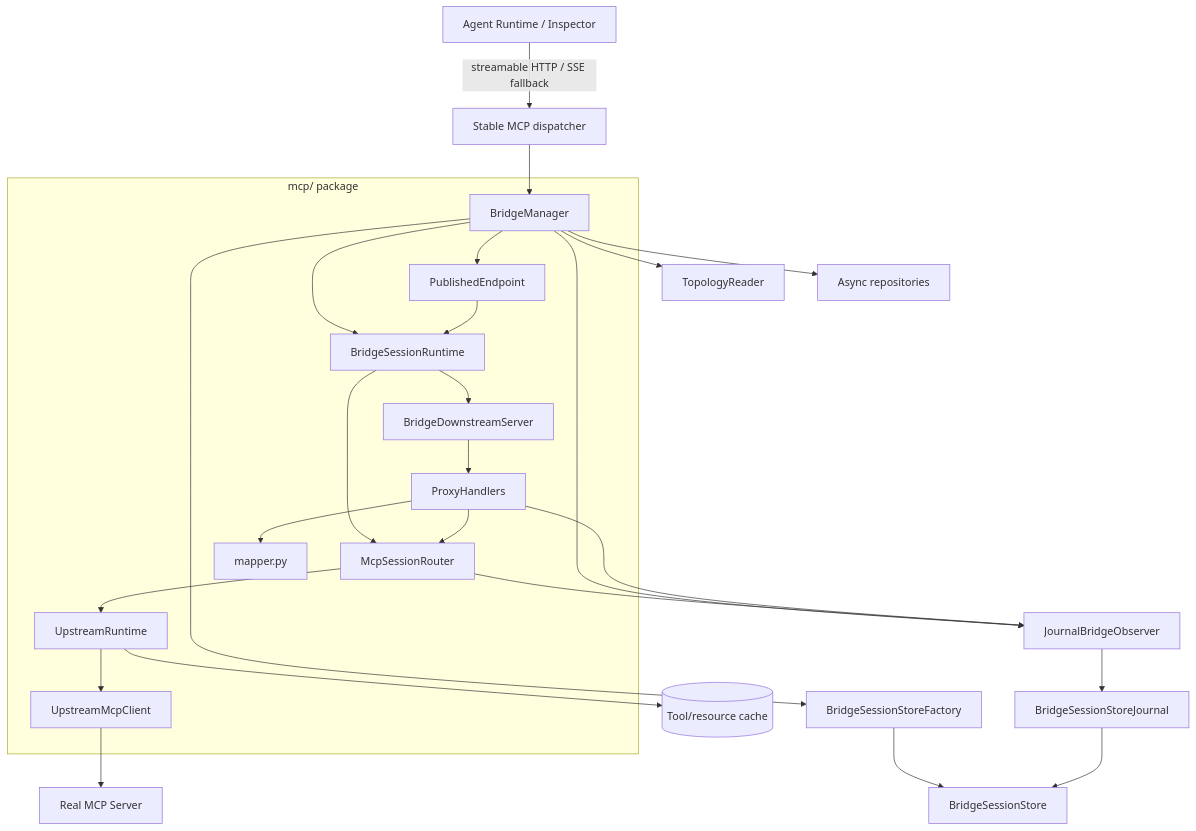
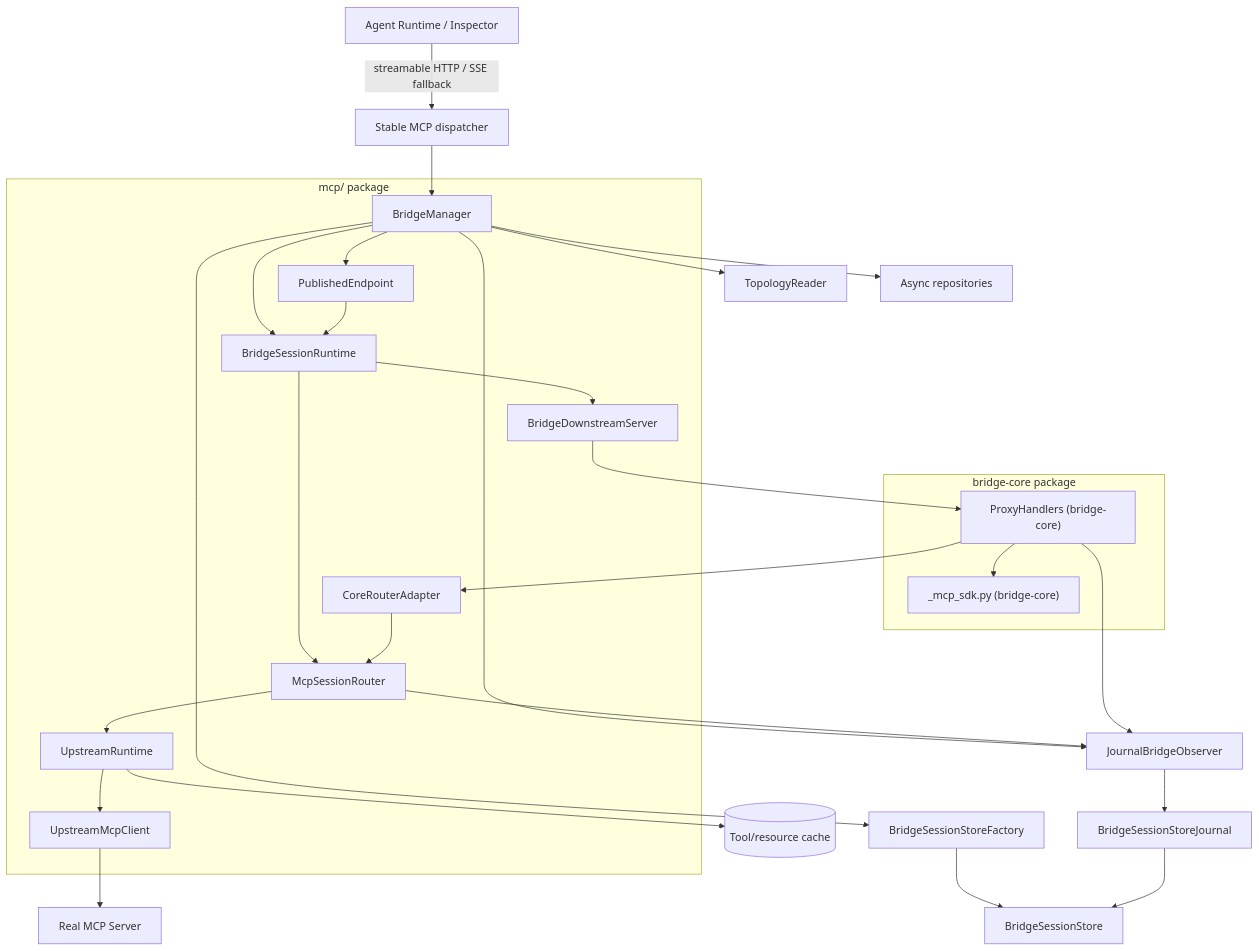
Before and after one commit to JilongSun/mcpapps-bridge: the second of 4 diagrams in docs/architecture/mcp-layer.md, drawn with Mermaid. The commit also changed other lines of this file and 17 other files, not shown here.

Commit message:
refactor(core): move MCP handlers and SDK mapping into bridge core

````diff
--- a/docs/architecture/mcp-layer.md
+++ b/docs/architecture/mcp-layer.md
@@ -39,39 +39,44 @@
 ```mermaid
 flowchart TD
     Client["Agent Runtime / Inspector"] --> |"streamable HTTP / SSE fallback"| API["Stable MCP dispatcher"]
     API --> Manager["BridgeManager"]
     Manager --> Topology["TopologyReader"]
     Manager --> Endpoint["PublishedEndpoint"]
     Manager --> Repositories["Async repositories"]
     Manager --> Factory["BridgeSessionStoreFactory"]
     Manager --> SessionRuntime["BridgeSessionRuntime"]
     Endpoint --> SessionRuntime
     SessionRuntime --> Downstream["BridgeDownstreamServer"]
-    Downstream --> Handlers["ProxyHandlers"]
+    Downstream --> Handlers["ProxyHandlers (bridge-core)"]
     SessionRuntime --> Router["McpSessionRouter"]
-    Handlers --> Router
+    Handlers --> Adapter["CoreRouterAdapter"]
+    Adapter --> Router
     Router --> Runtime["UpstreamRuntime"]
     Runtime --> Upstream["UpstreamMcpClient"]
     Upstream --> Real["Real MCP Server"]
 
     Factory --> Store["BridgeSessionStore"]
     Manager --> Observer["JournalBridgeObserver"]
     Router --> Observer
     Handlers --> Observer
     Observer --> Journal["BridgeSessionStoreJournal"]
     Journal --> Store
     Runtime --> Cache[("Tool/resource cache")]
-    Handlers --> Mapper["mapper.py"]
+    Handlers --> Mapper["_mcp_sdk.py (bridge-core)"]
 
     subgraph "mcp/ package"
         Manager
         Endpoint
         SessionRuntime
         Downstream
-        Handlers
+        Adapter
         Router
         Runtime
         Upstream
+    end
+
+    subgraph "bridge-core package"
+        Handlers
         Mapper
     end
 ```
````
